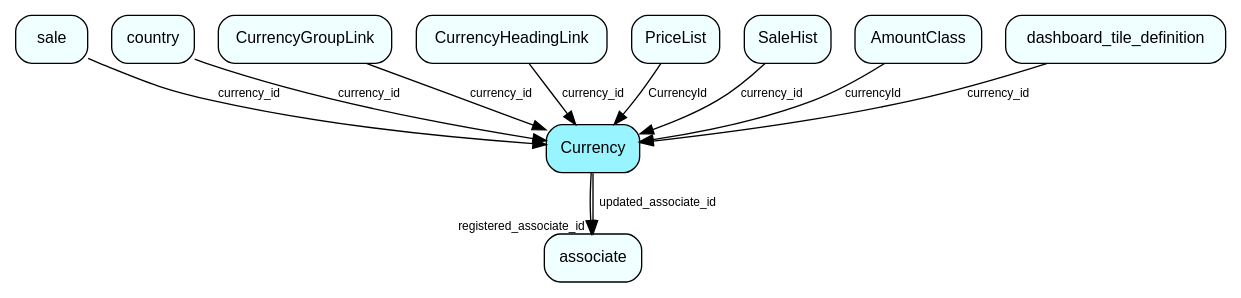
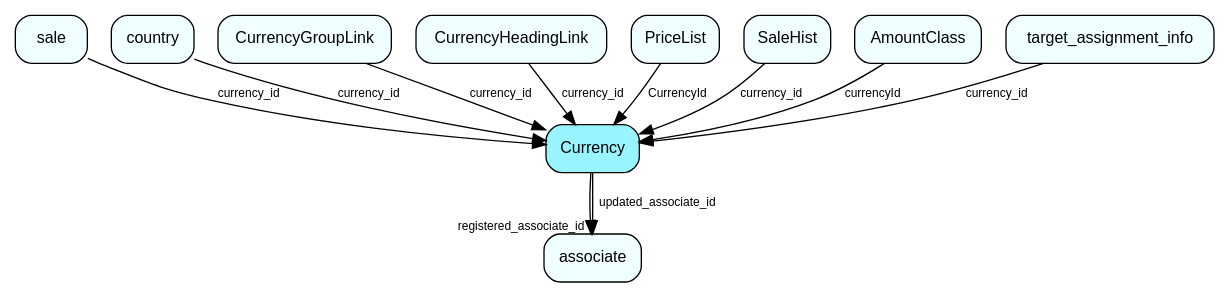
One commit to SuperOfficeDocs/superoffice-docs changed the diagram in docs/database/tables/media/Currency.dot. Above: the diagram before and after it, drawn with Graphviz. The commit also changed 688 other files, not shown here.

```diff
--- a/docs/database/tables/media/Currency.dot
+++ b/docs/database/tables/media/Currency.dot
@@ -1,25 +1,25 @@
 digraph Currency  {
 node [shape = box style="rounded, filled" fontname = "Helvetica" fontsize = "12" ]
 edge [fontname = "Helvetica" fontsize = "9"]
 
 Currency[fillcolor = "cadetblue1"]
 associate[fillcolor = "azure1"]
 sale[fillcolor = "azure1"]
 country[fillcolor = "azure1"]
 CurrencyGroupLink[fillcolor = "azure1"]
 CurrencyHeadingLink[fillcolor = "azure1"]
 PriceList[fillcolor = "azure1"]
 SaleHist[fillcolor = "azure1"]
 AmountClass[fillcolor = "azure1"]
-dashboard_tile_definition[fillcolor = "azure1"]
+target_assignment_info[fillcolor = "azure1"]
 Currency -> associate [headlabel = "registered_associate_id"]
 Currency -> associate [label = "updated_associate_id"]
 sale -> Currency [label = "currency_id"]
 country -> Currency [label = "currency_id"]
 CurrencyGroupLink -> Currency [label = "currency_id"]
 CurrencyHeadingLink -> Currency [label = "currency_id"]
 PriceList -> Currency [label = "CurrencyId"]
 SaleHist -> Currency [label = "currency_id"]
 AmountClass -> Currency [label = "currencyId"]
-dashboard_tile_definition -> Currency [label = "currency_id"]
+target_assignment_info -> Currency [label = "currency_id"]
 }
```
